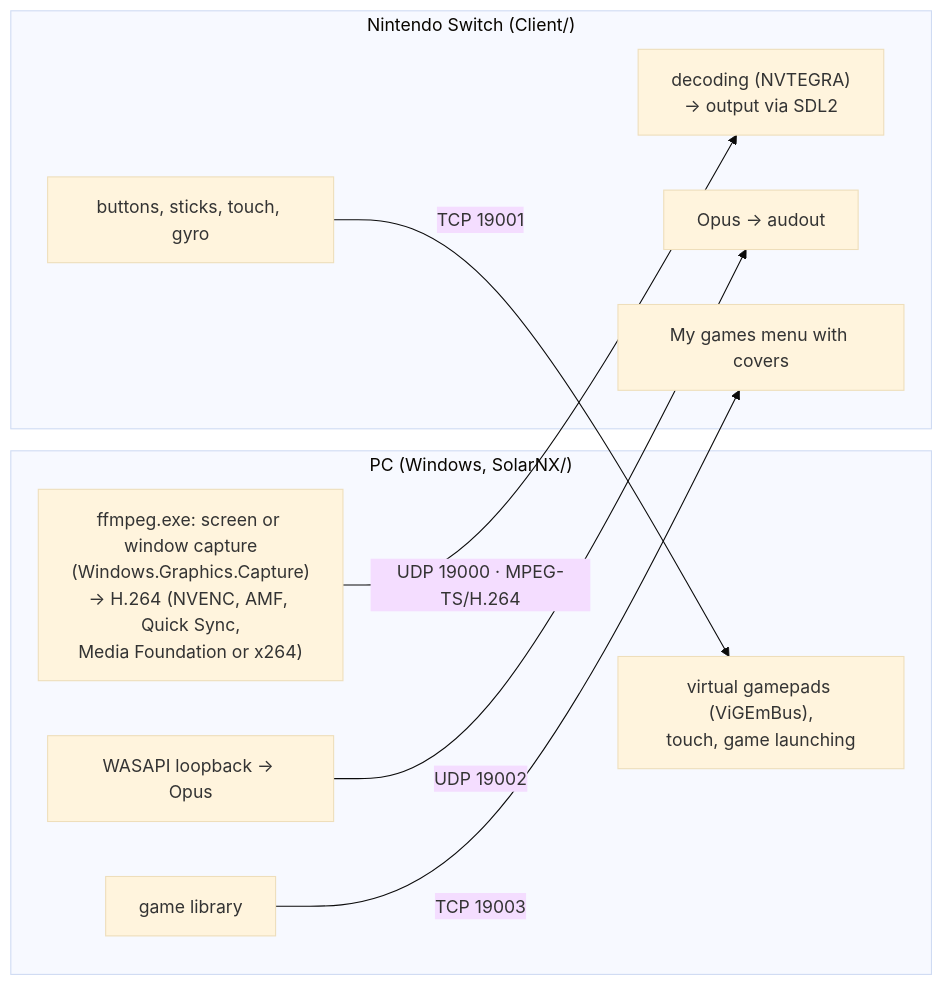
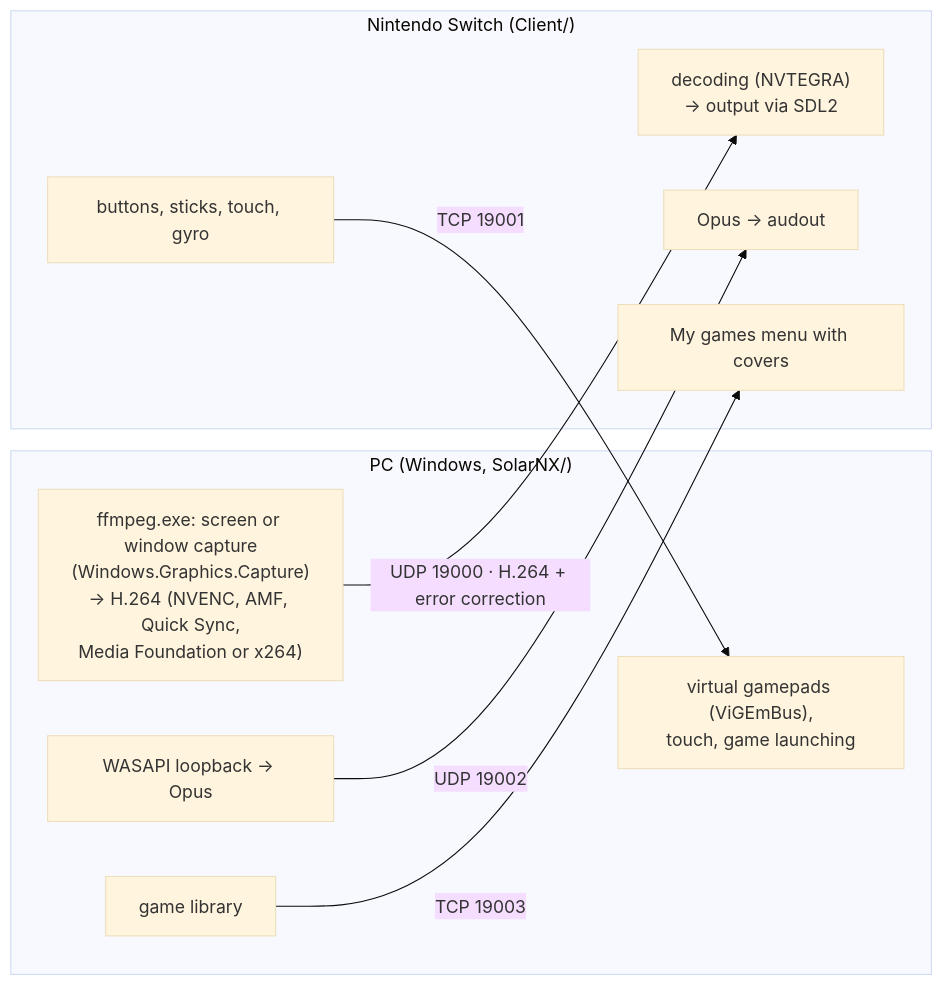
The diagram in docs/architecture.en.md (HaDoKit/SolarNX), drawn with Mermaid (base theme) before and after one commit. The commit also changed other lines of this file and 28 other files, not shown here.

First line of the commit message:
Video: own UDP framing with Reed-Solomon FEC instead of MPEG-TS

````diff
--- a/docs/architecture.en.md
+++ b/docs/architecture.en.md
@@ -7,19 +7,19 @@
 ```mermaid
 flowchart LR
     subgraph PC["PC (Windows, SolarNX/)"]
         cap["ffmpeg.exe: screen or window capture<br/>(Windows.Graphics.Capture)<br/>→ H.264 (NVENC, AMF, Quick Sync,<br/>Media Foundation or x264)"]
         aud["WASAPI loopback → Opus"]
         inp["virtual gamepads (ViGEmBus),<br/>touch, game launching"]
         lib["game library"]
     end
     subgraph NX["Nintendo Switch (Client/)"]
         dec["decoding (NVTEGRA)<br/>→ output via SDL2"]
         play["Opus → audout"]
         ctl["buttons, sticks, touch, gyro"]
         menu["My games menu with covers"]
     end
-    cap -- "UDP 19000 · MPEG-TS/H.264" --> dec
+    cap -- "UDP 19000 · H.264 + error correction" --> dec
     aud -- "UDP 19002" --> play
     ctl -- "TCP 19001" --> inp
     lib -- "TCP 19003" --> menu
 ```
````
